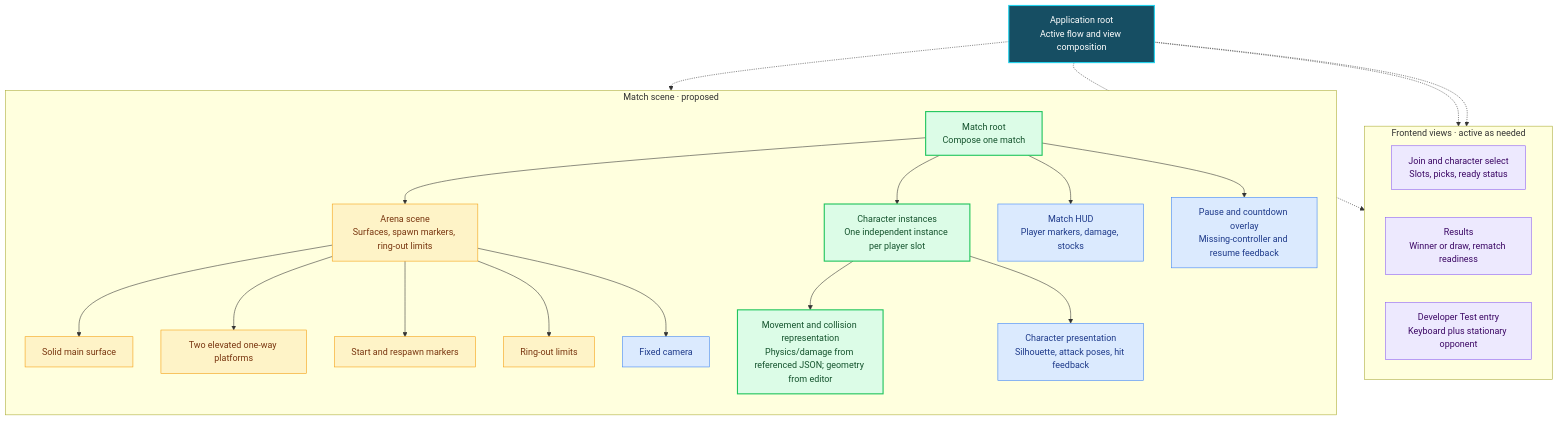
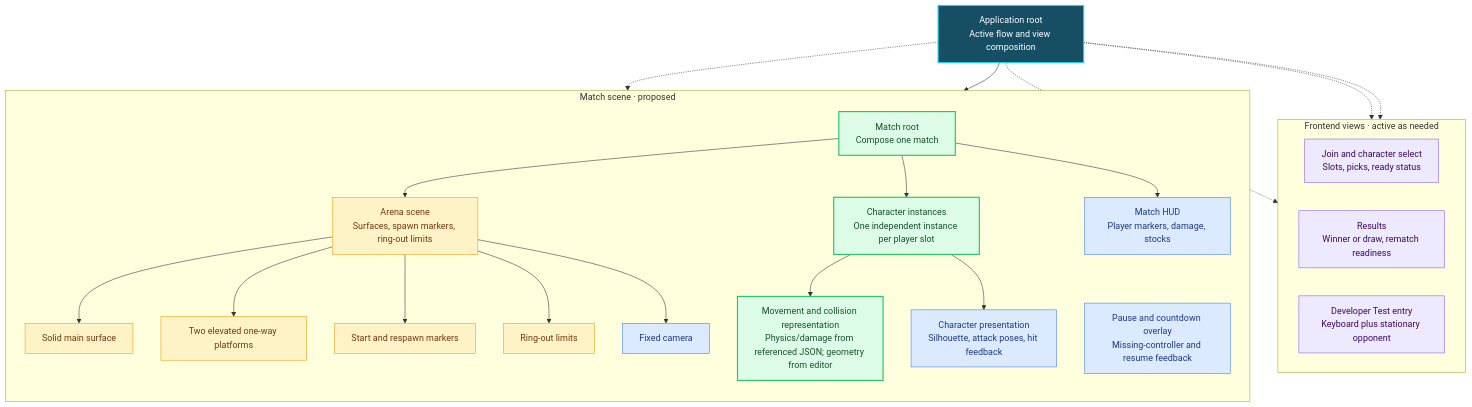
Before and after one commit to Fusion2k/smash-fight: the first of 2 diagrams in docs/architecture/scene-map.md, drawn with Mermaid. The commit also changed other lines of this file and 4 other files, not shown here.

Commit message:
Document architecture choices and chronological hit rules

````diff
--- a/docs/architecture/scene-map.md
+++ b/docs/architecture/scene-map.md
@@ -11,54 +11,54 @@
 ```mermaid
 flowchart TB
     App["Application root<br/>Active flow and view composition"]
 
     subgraph Frontend["Frontend views · active as needed"]
         direction LR
         Join["Join and character select<br/>Slots, picks, ready status"]
         Results["Results<br/>Winner or draw, rematch readiness"]
         Dev["Developer Test entry<br/>Keyboard plus stationary opponent"]
     end
 
     subgraph Gameplay["Match scene · proposed"]
         direction TB
         Match["Match root<br/>Compose one match"]
         Arena["Arena scene<br/>Surfaces, spawn markers, ring-out limits"]
         Characters["Character instances<br/>One independent instance per player slot"]
         HUD["Match HUD<br/>Player markers, damage, stocks"]
         Overlay["Pause and countdown overlay<br/>Missing-controller and resume feedback"]
         Match --> Arena
         Match --> Characters
         Match --> HUD
-        Match --> Overlay
         Main["Solid main surface"]
         Platforms["Two elevated one-way platforms"]
         Markers["Start and respawn markers"]
         Limits["Ring-out limits"]
         Camera["Fixed camera"]
         Arena --> Main
         Arena --> Platforms
         Arena --> Markers
         Arena --> Limits
         Arena --> Camera
         Body["Movement and collision representation<br/>Physics/damage from referenced JSON; geometry from editor"]
         Visual["Character presentation<br/>Silhouette, attack poses, hit feedback"]
         Characters --> Body
         Characters --> Visual
     end
 
     App -.-> Join
     App -.-> Results
     App -.-> Dev
     App -.-> Match
+    App --> Overlay
 
     classDef application fill:#164e63,color:#ffffff,stroke:#22d3ee,stroke-width:2px;
     classDef flow fill:#ede9fe,color:#3b0764,stroke:#8b5cf6;
     classDef gameplay fill:#dcfce7,color:#14532d,stroke:#22c55e,stroke-width:2px;
     classDef content fill:#fef3c7,color:#78350f,stroke:#f59e0b;
     classDef presentation fill:#dbeafe,color:#1e3a8a,stroke:#3b82f6;
     class App application;
     class Join,Results,Dev flow;
     class Match,Characters,Body gameplay;
     class Arena,Main,Platforms,Markers,Limits content;
     class HUD,Overlay,Camera,Visual presentation;
 ```
````
